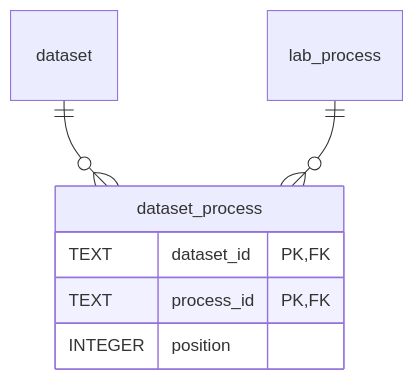
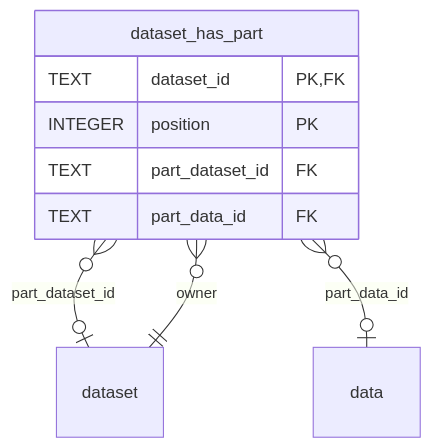
Before and after one commit to HLWeil/ProcessCore: the tenth of 18 diagrams in schemas/sql/design.md, drawn with Mermaid. The commit also changed other lines of this file, not shown here.

Commit message:
docs: improve SQL schema design plan

````diff
--- a/schemas/sql/design.md
+++ b/schemas/sql/design.md
@@ -319,10 +321,12 @@
 ```mermaid
 erDiagram
-    dataset_process {
+    dataset_has_part {
         TEXT dataset_id PK,FK
-        TEXT process_id PK,FK
-        INTEGER position
+        INTEGER position PK
+        TEXT part_dataset_id FK
+        TEXT part_data_id FK
     }
-    dataset ||--o{ dataset_process : ""
-    lab_process ||--o{ dataset_process : ""
+    dataset ||--o{ dataset_has_part : "owner"
+    dataset_has_part }o--o| dataset : "part_dataset_id"
+    dataset_has_part }o--o| data : "part_data_id"
 ```
````
